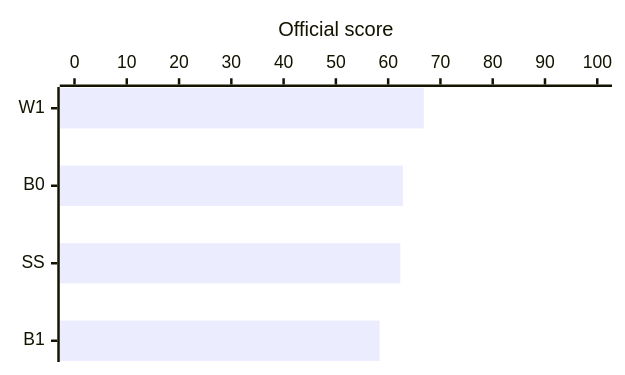
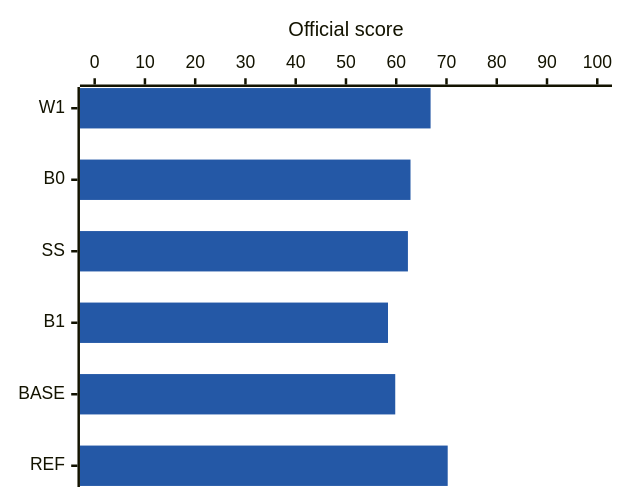
Before and after one commit to kasahart/asd-experiments: the diagram in README.md, drawn with Mermaid. The commit also changed other lines of this file and 2 other files, not shown here.

Commit message:
Combine score comparison in one color-coded Mermaid chart

````diff
--- a/README.md
+++ b/README.md
@@ -39,12 +39,16 @@
 ```mermaid
 ---
 config:
     xyChart:
         width: 480
-        height: 280
+        height: 380
+    themeVariables:
+        xyChart:
+            plotColorPalette: "#2458a6"
+    themeCSS: ".bar-plot-0 rect:nth-child(n+5) { fill: #9099a5; }"
 ---
 xychart-beta horizontal
-    x-axis ["W1", "B0", "SS", "B1"]
+    x-axis ["W1", "B0", "SS", "B1", "BASE", "REF"]
     y-axis "Official score" 0 --> 100
-    bar [66.835, 62.841, 62.325, 58.362]
+    bar [66.835, 62.841, 62.325, 58.362, 59.803, 70.241]
 ```
````
